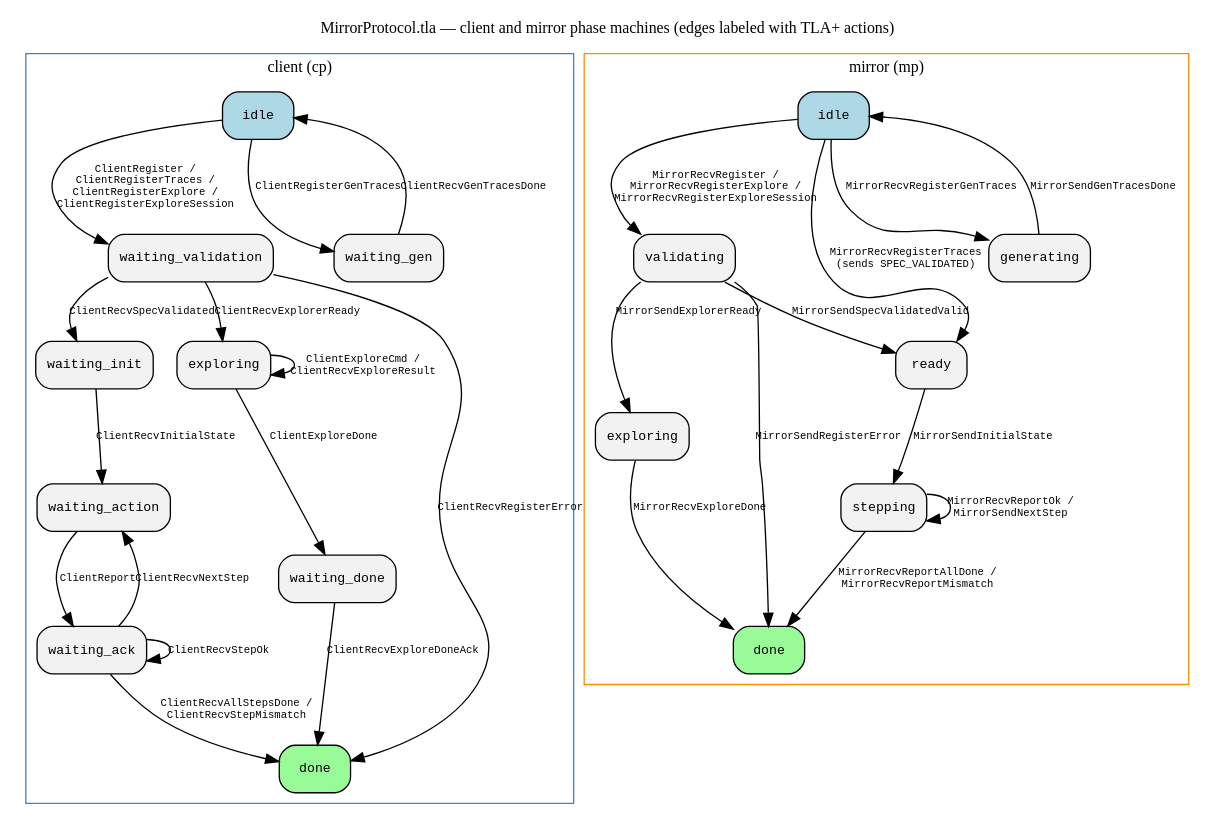
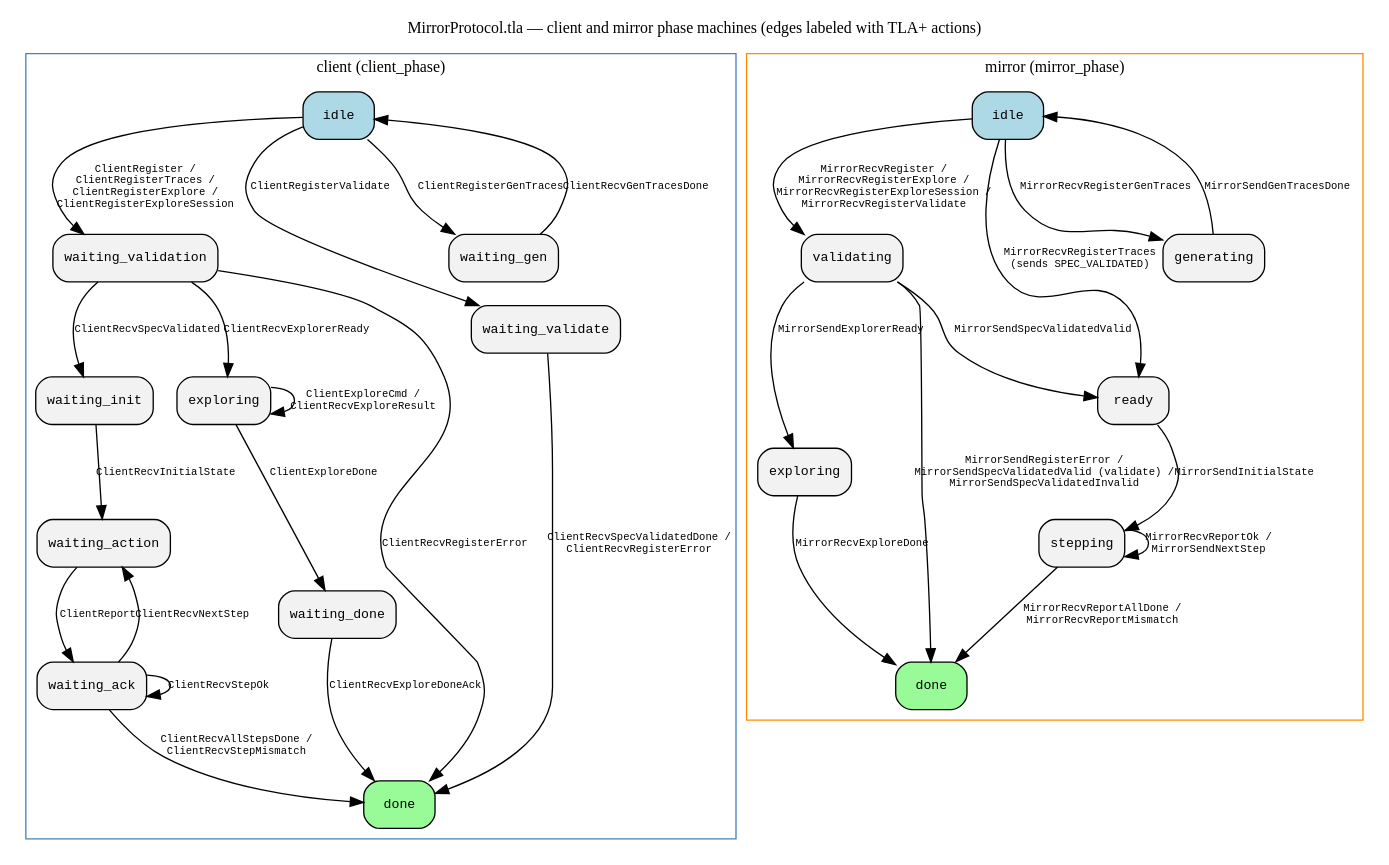
One commit to NzSN/ModelMirrors changed the diagram in docs/mirror-protocol-state-machine.dot. Above: the diagram before and after it, drawn with Graphviz. The commit also changed 12 other files, not shown here.

First line of the commit message:
Add validate-only path to MirrorProtocol.tla; human-readable spec vars

```diff
--- a/docs/mirror-protocol-state-machine.dot
+++ b/docs/mirror-protocol-state-machine.dot
@@ -1,63 +1,66 @@
 // State machine of specs/MirrorProtocol.tla
 // Render: dot -Tsvg docs/mirror-protocol-state-machine.dot -o docs/mirror-protocol-state-machine.svg
 digraph MirrorProtocol {
   rankdir=TB
   node [shape=box, style="rounded,filled", fillcolor=grey95, fontname="monospace", fontsize=10]
   edge [fontname="monospace", fontsize=8]
   label="MirrorProtocol.tla — client and mirror phase machines (edges labeled with TLA+ actions)"
   labelloc=t
   fontsize=12
 
   subgraph cluster_client {
-    label="client (cp)"
+    label="client (client_phase)"
     color=steelblue
     c_idle             [label="idle", fillcolor=lightblue]
     c_wait_validation  [label="waiting_validation"]
+    c_wait_validate    [label="waiting_validate"]
     c_wait_gen         [label="waiting_gen"]
     c_wait_init        [label="waiting_init"]
     c_wait_action      [label="waiting_action"]
     c_wait_ack         [label="waiting_ack"]
     c_exploring        [label="exploring"]
     c_wait_done        [label="waiting_done"]
     c_done             [label="done", fillcolor=palegreen]
 
     c_idle -> c_wait_validation [label="ClientRegister /\nClientRegisterTraces /\nClientRegisterExplore /\nClientRegisterExploreSession"]
     c_idle -> c_wait_gen        [label="ClientRegisterGenTraces"]
+    c_idle -> c_wait_validate    [label="ClientRegisterValidate"]
     c_wait_validation -> c_wait_init   [label="ClientRecvSpecValidated"]
     c_wait_validation -> c_done        [label="ClientRecvRegisterError"]
     c_wait_validation -> c_exploring   [label="ClientRecvExplorerReady"]
     c_wait_gen -> c_idle               [label="ClientRecvGenTracesDone"]
+    c_wait_validate -> c_done            [label="ClientRecvSpecValidatedDone /\nClientRecvRegisterError"]
     c_wait_init -> c_wait_action       [label="ClientRecvInitialState"]
     c_wait_action -> c_wait_ack        [label="ClientReport"]
     c_wait_ack -> c_wait_action        [label="ClientRecvNextStep"]
     c_wait_ack -> c_wait_ack           [label="ClientRecvStepOk"]
     c_wait_ack -> c_done               [label="ClientRecvAllStepsDone /\nClientRecvStepMismatch"]
     c_exploring -> c_exploring         [label="ClientExploreCmd /\nClientRecvExploreResult"]
     c_exploring -> c_wait_done         [label="ClientExploreDone"]
     c_wait_done -> c_done              [label="ClientRecvExploreDoneAck"]
   }
 
   subgraph cluster_mirror {
-    label="mirror (mp)"
+    label="mirror (mirror_phase)"
     color=darkorange
     m_idle        [label="idle", fillcolor=lightblue]
     m_validating  [label="validating"]
     m_generating  [label="generating"]
     m_ready       [label="ready"]
     m_stepping    [label="stepping"]
     m_exploring   [label="exploring"]
     m_done        [label="done", fillcolor=palegreen]
 
-    m_idle -> m_validating  [label="MirrorRecvRegister /\nMirrorRecvRegisterExplore /\nMirrorRecvRegisterExploreSession"]
+    m_idle -> m_validating  [label="MirrorRecvRegister /\nMirrorRecvRegisterExplore /\nMirrorRecvRegisterExploreSession /\nMirrorRecvRegisterValidate"]
     m_idle -> m_ready       [label="MirrorRecvRegisterTraces\n(sends SPEC_VALIDATED)"]
     m_idle -> m_generating  [label="MirrorRecvRegisterGenTraces"]
     m_validating -> m_ready     [label="MirrorSendSpecValidatedValid"]
-    m_validating -> m_done      [label="MirrorSendRegisterError"]
+    m_validating -> m_done      [label="MirrorSendRegisterError /\nMirrorSendSpecValidatedValid (validate) /\nMirrorSendSpecValidatedInvalid"]
     m_validating -> m_exploring [label="MirrorSendExplorerReady"]
     m_generating -> m_idle      [label="MirrorSendGenTracesDone"]
     m_ready -> m_stepping       [label="MirrorSendInitialState"]
     m_stepping -> m_stepping    [label="MirrorRecvReportOk /\nMirrorSendNextStep"]
     m_stepping -> m_done        [label="MirrorRecvReportAllDone /\nMirrorRecvReportMismatch"]
     m_exploring -> m_done       [label="MirrorRecvExploreDone"]
   }
 }
```
